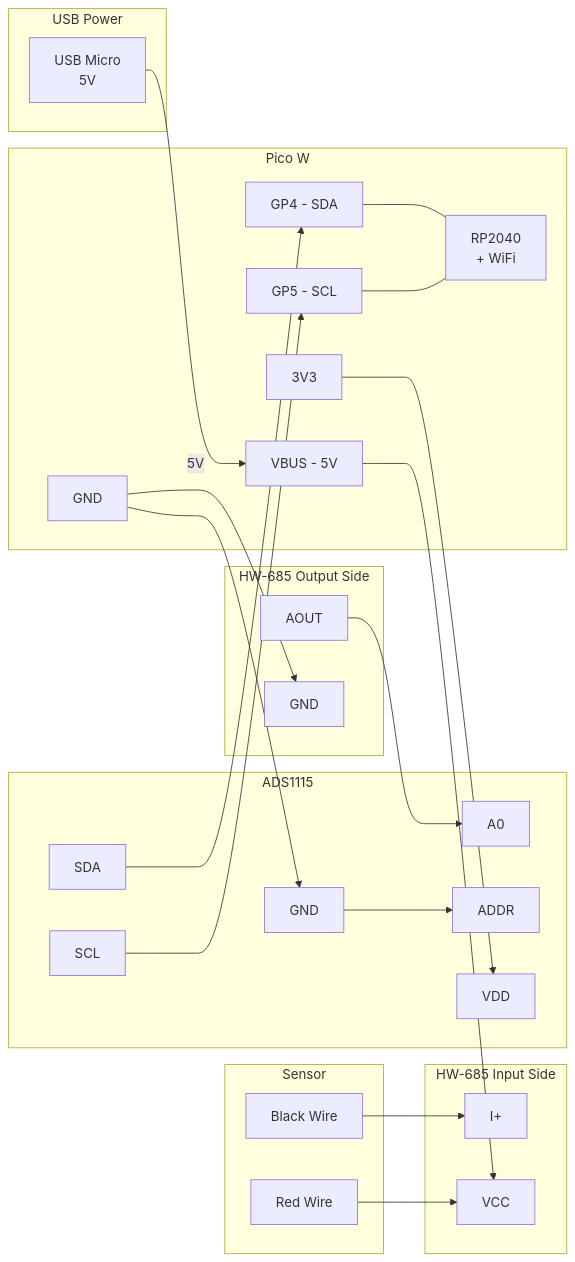
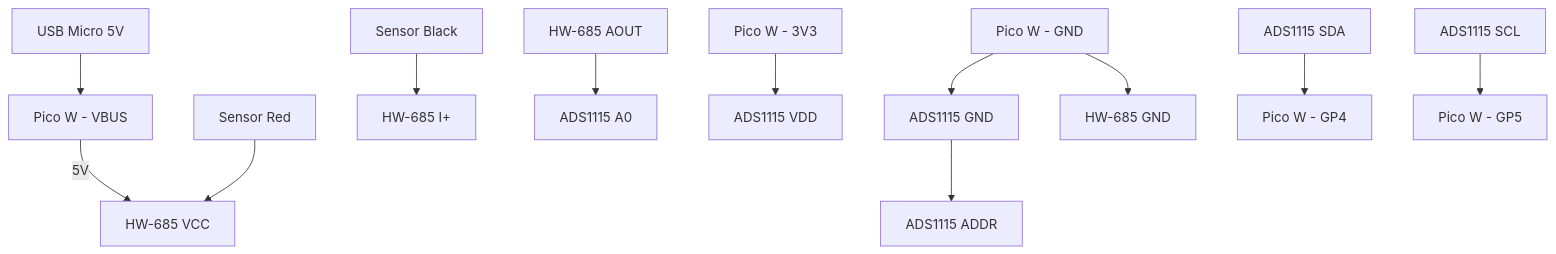
One commit to bosmun0224/cistern changed the diagram in README.md. Above: the diagram before and after it, drawn with Mermaid.

Commit message:
Refactor wiring diagram in README.md for improved clarity and organization

````diff
--- a/README.md
+++ b/README.md
@@ -16,53 +16,18 @@
 ```mermaid
-graph LR
-    subgraph USB Power
-        USB[USB Micro<br>5V]
-    end
+graph TD
+    USB[USB Micro 5V] --> VBUS[Pico W - VBUS]
 
-    subgraph Sensor
-        RED[Red Wire]
-        BLK[Black Wire]
-    end
+    VBUS -->|5V| VCC[HW-685 VCC]
+    SENSOR_RED[Sensor Red] --> VCC
+    SENSOR_BLK[Sensor Black] --> IP[HW-685 I+]
 
-    subgraph HW-685 Input Side
-        IP[I+]
-        VCC[VCC]
-    end
+    AOUT[HW-685 AOUT] --> A0[ADS1115 A0]
 
-    subgraph HW-685 Output Side
-        AOUT[AOUT]
-        GNDH[GND]
-    end
+    PICO_3V3[Pico W - 3V3] --> ADS_VDD[ADS1115 VDD]
+    PICO_GND[Pico W - GND] --> ADS_GND[ADS1115 GND]
+    PICO_GND --> HW_GND[HW-685 GND]
+    ADS_GND --> ADS_ADDR[ADS1115 ADDR]
 
-    subgraph ADS1115
-        A0[A0]
-        ADDR[ADDR]
-        VDDA[VDD]
-        GNDA[GND]
-        SDA[SDA]
-        SCL[SCL]
-    end
-
-    subgraph Pico W
-        VBUS[VBUS - 5V]
-        V3[3V3]
-        GP4[GP4 - SDA]
-        GP5[GP5 - SCL]
-        GND1[GND]
-        MCU[RP2040<br>+ WiFi]
-    end
-
-    USB -->|5V| VBUS
-    VBUS --> VCC
-    RED --> VCC
-    BLK --> IP
-    AOUT --> A0
-    GND1 --> GNDH
-    GND1 --> GNDA
-    GNDA --> ADDR
-    V3 --> VDDA
-    SDA --> GP4
-    SCL --> GP5
-    GP4 --- MCU
-    GP5 --- MCU
+    ADS_SDA[ADS1115 SDA] --> GP4[Pico W - GP4]
+    ADS_SCL[ADS1115 SCL] --> GP5[Pico W - GP5]
 ```
````
